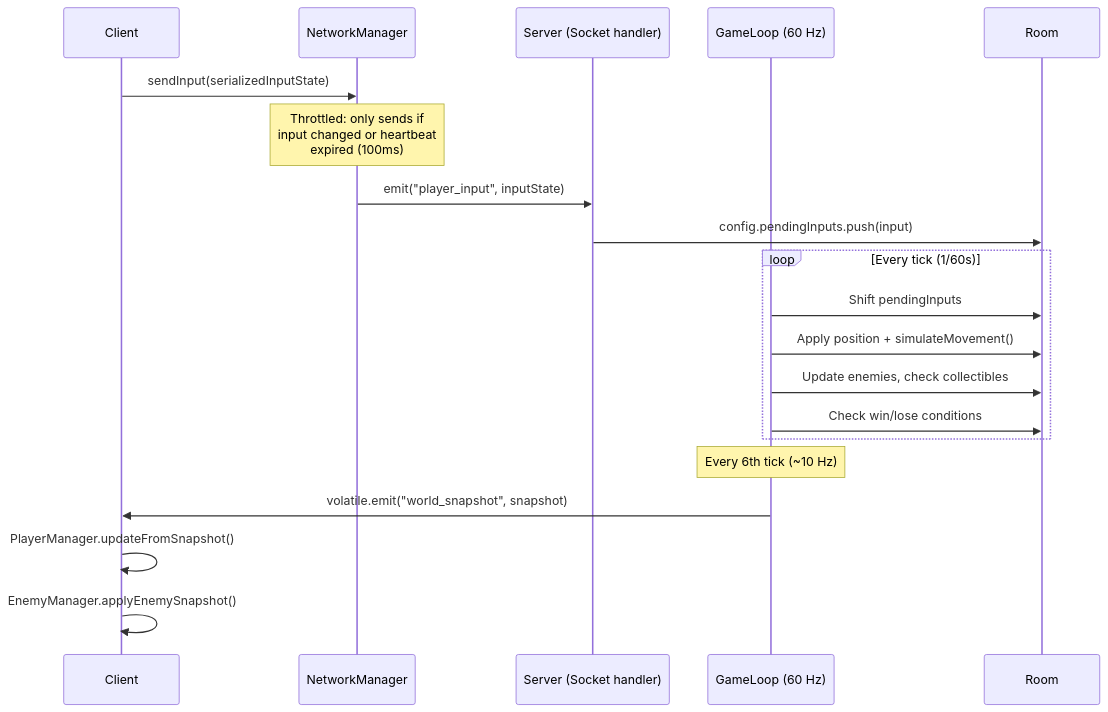
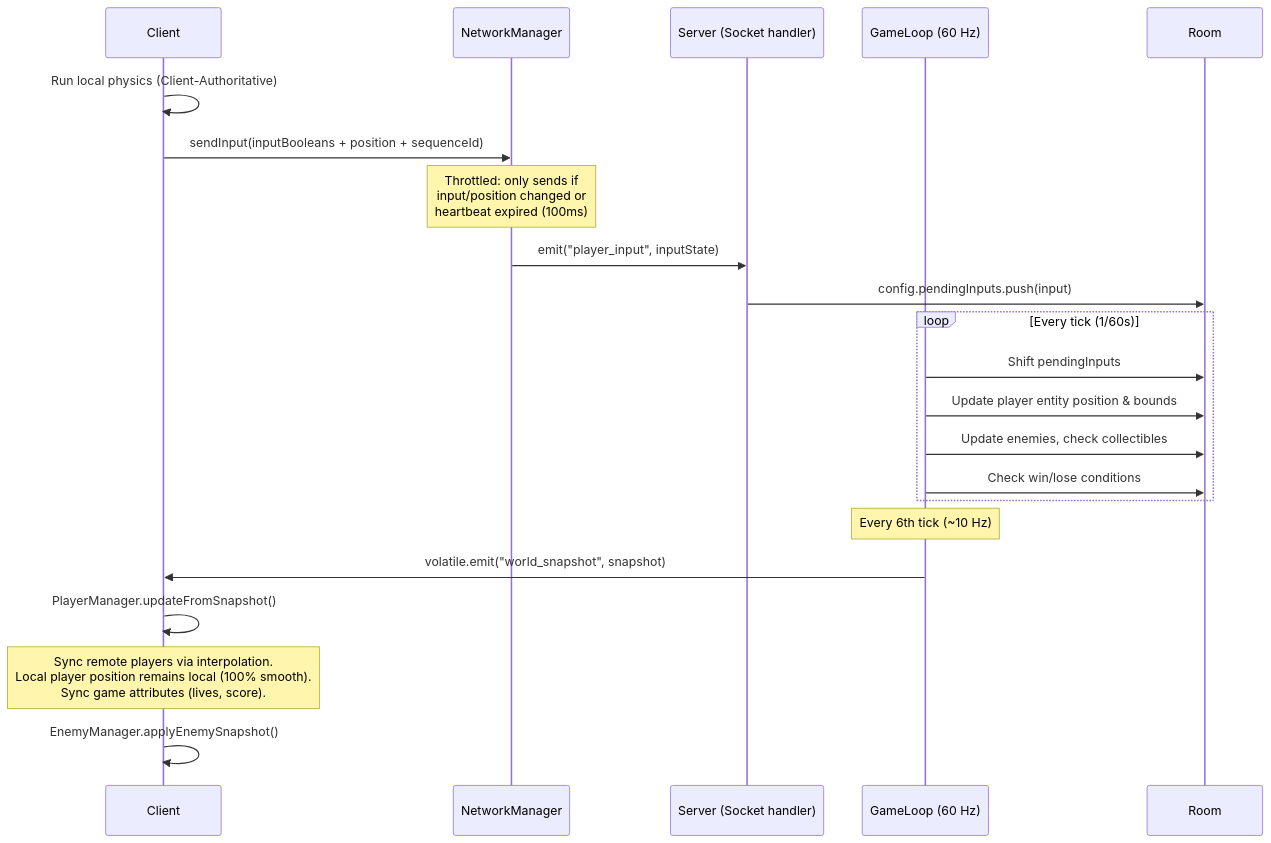
One commit to KristianEkman/jetpack changed the second of 2 diagrams in docs/networking_summary.md. Above: the diagram before and after it, drawn with Mermaid. The commit also changed other lines of this file and 8 other files, not shown here.

Commit message:
refactor: implement client-side prediction and server-side reconciliation for player movement

````diff
--- a/docs/networking_summary.md
+++ b/docs/networking_summary.md
@@ -77,25 +77,27 @@
 ```mermaid
 sequenceDiagram
     participant C as Client
     participant N as NetworkManager
     participant S as Server (Socket handler)
     participant GL as GameLoop (60 Hz)
     participant R as Room
 
-    C->>N: sendInput(serializedInputState)
-    Note over N: Throttled: only sends if<br/>input changed or heartbeat<br/>expired (100ms)
+    C->>C: Run local physics (Client-Authoritative)
+    C->>N: sendInput(inputBooleans + position + sequenceId)
+    Note over N: Throttled: only sends if<br/>input/position changed or<br/>heartbeat expired (100ms)
     N->>S: emit("player_input", inputState)
     S->>R: config.pendingInputs.push(input)
     
     loop Every tick (1/60s)
         GL->>R: Shift pendingInputs
-        GL->>R: Apply position + simulateMovement()
+        GL->>R: Update player entity position & bounds
         GL->>R: Update enemies, check collectibles
         GL->>R: Check win/lose conditions
     end
 
     Note over GL: Every 6th tick (~10 Hz)
     GL->>C: volatile.emit("world_snapshot", snapshot)
     C->>C: PlayerManager.updateFromSnapshot()
+    Note over C: Sync remote players via interpolation.<br/>Local player position remains local (100% smooth).<br/>Sync game attributes (lives, score).
     C->>C: EnemyManager.applyEnemySnapshot()
 ```
````
